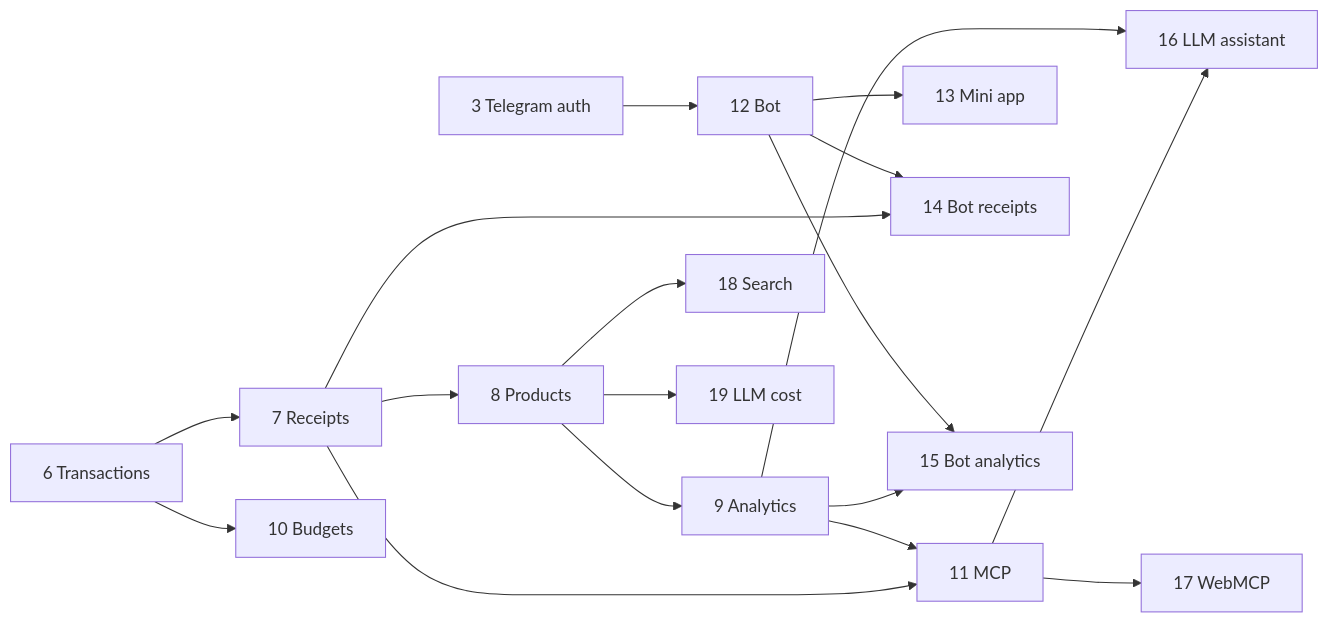
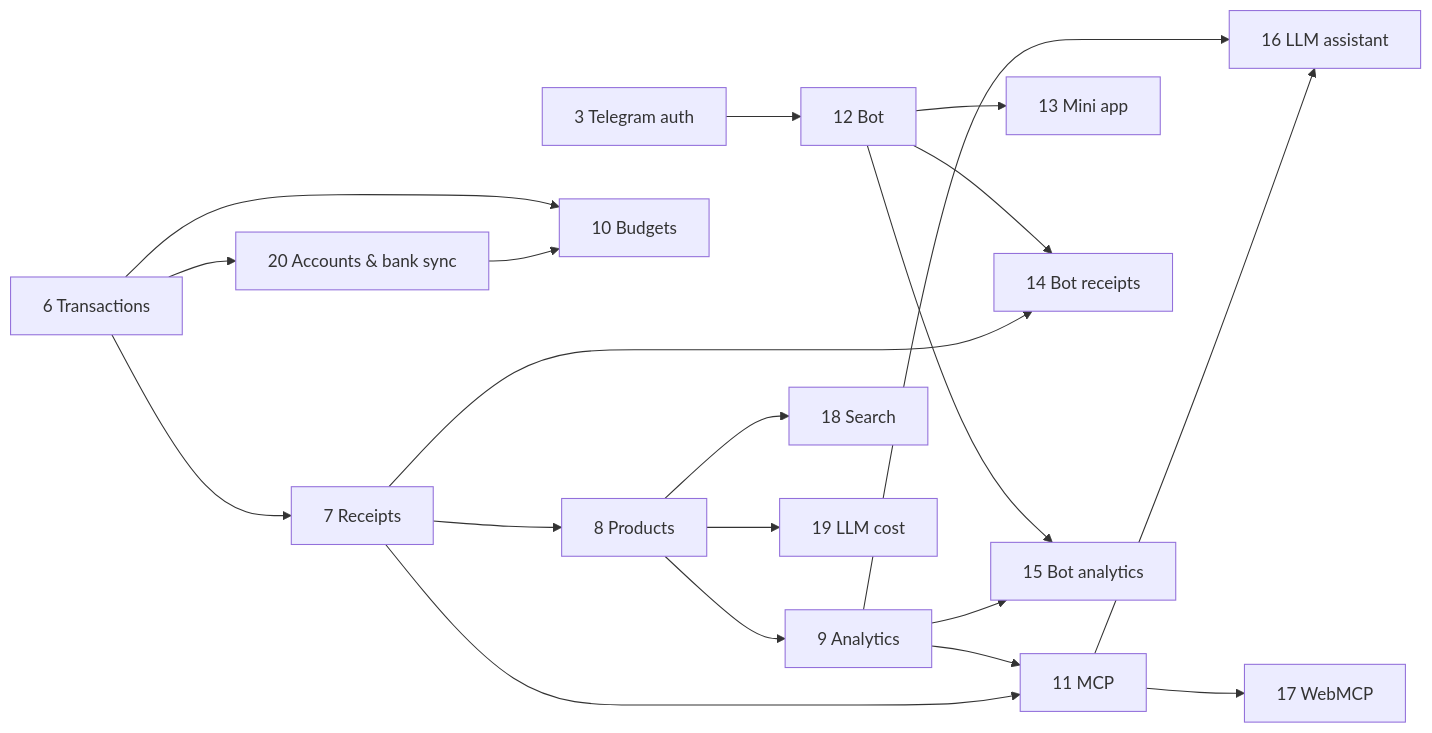
Before and after one commit to Aleksei-Michnik/myfinpro: the diagram in wiki/roadmap.md, drawn with Mermaid. The commit also changed other lines of this file and 14 other files, not shown here.

First line of the commit message:
docs(accounts): design phase 20 — accounts, balances, bank sync and the UI kit

````diff
--- a/wiki/roadmap.md
+++ b/wiki/roadmap.md
@@ -52,20 +53,22 @@
 ```mermaid
 graph LR
   P3[3 Telegram auth] --> P12[12 Bot]
   P6[6 Transactions] --> P7[7 Receipts]
   P6 --> P10[10 Budgets]
   P7 --> P8[8 Products]
   P8 --> P9[9 Analytics]
   P9 --> P11[11 MCP]
   P7 --> P11
   P9 --> P16[16 LLM assistant]
   P11 --> P16
   P11 --> P17[17 WebMCP]
   P12 --> P13[13 Mini app]
   P12 --> P14[14 Bot receipts]
   P7 --> P14
   P12 --> P15[15 Bot analytics]
   P9 --> P15
   P8 --> P18[18 Search]
   P8 --> P19[19 LLM cost]
+  P6 --> P20[20 Accounts & bank sync]
+  P20 --> P10
 ```
````
